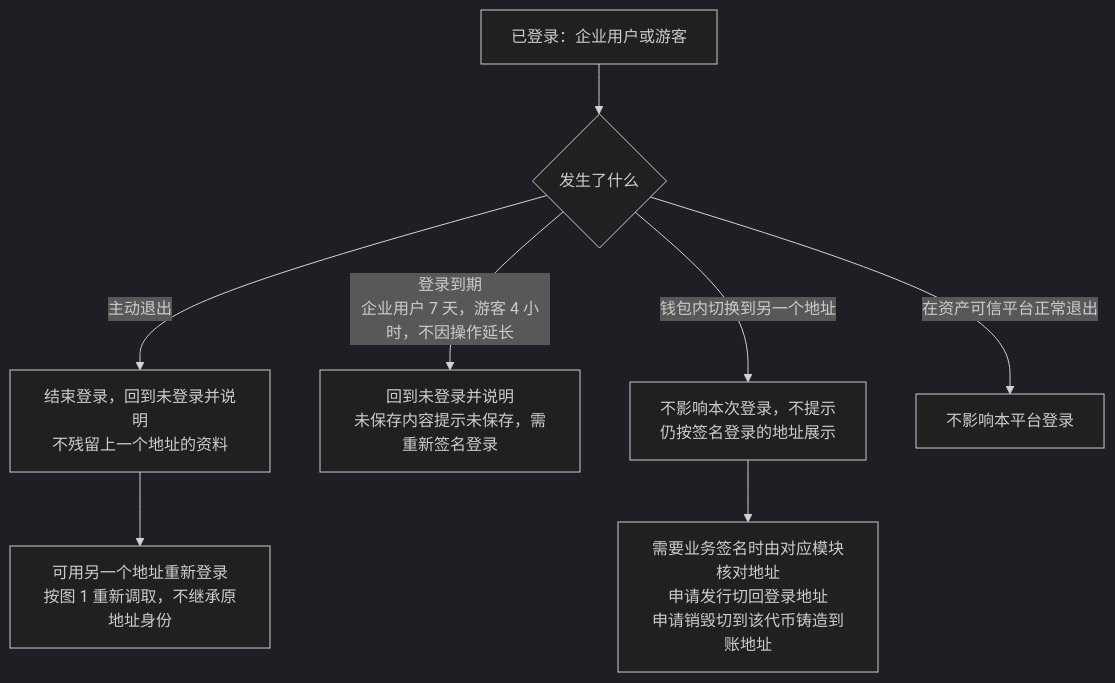
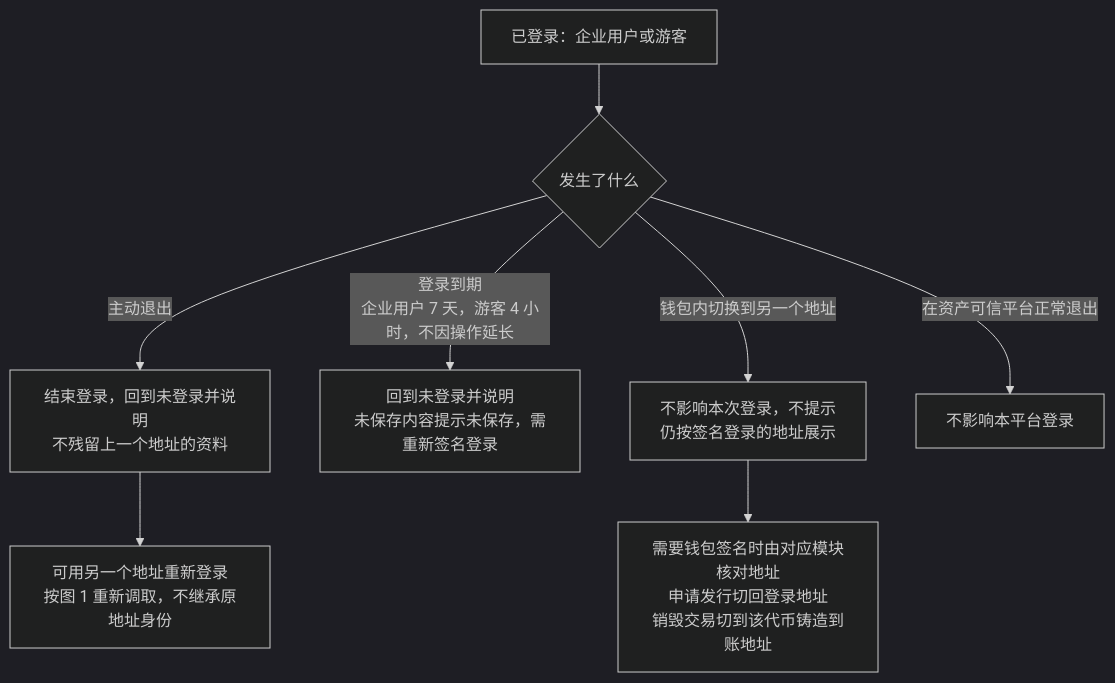
One commit to wxblockchain/Chain-Financing changed the second of 5 diagrams in token-issuance-platform/PRD/面客端/M1-企业登录与企业账户/02-企业登录与企业账户-流程图与状态机.md. Above: the diagram before and after it, drawn with Mermaid (dark theme). The commit also changed 15 other files, not shown here.

````diff
--- a/token-issuance-platform/PRD/面客端/M1-企业登录与企业账户/02-企业登录与企业账户-流程图与状态机.md
+++ b/token-issuance-platform/PRD/面客端/M1-企业登录与企业账户/02-企业登录与企业账户-流程图与状态机.md
@@ -50,10 +50,10 @@
 ```mermaid
 flowchart TD
     A[已登录：企业用户或游客] --> B{发生了什么}
     B -->|主动退出| C[结束登录，回到未登录并说明<br/>不残留上一个地址的资料]
     C --> C1[可用另一个地址重新登录<br/>按图 1 重新调取，不继承原地址身份]
     B -->|登录到期<br/>企业用户 7 天，游客 4 小时，不因操作延长| D[回到未登录并说明<br/>未保存内容提示未保存，需重新签名登录]
     B -->|钱包内切换到另一个地址| E[不影响本次登录，不提示<br/>仍按签名登录的地址展示]
-    E --> E1[需要业务签名时由对应模块核对地址<br/>申请发行切回登录地址<br/>申请销毁切到该代币铸造到账地址]
+    E --> E1[需要钱包签名时由对应模块核对地址<br/>申请发行切回登录地址<br/>销毁交易切到该代币铸造到账地址]
     B -->|在资产可信平台正常退出| J[不影响本平台登录]
 ```
````
